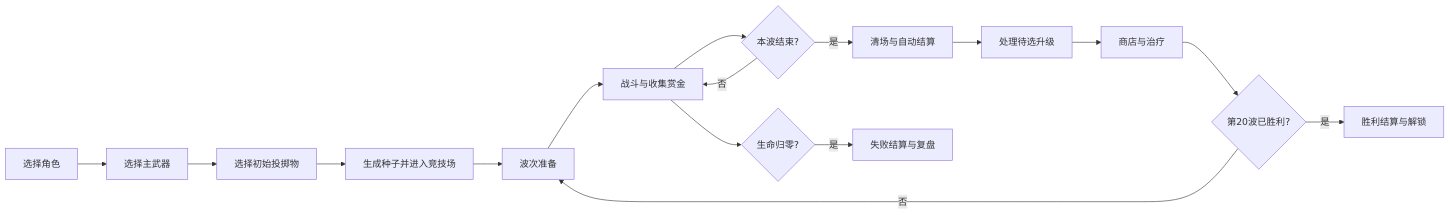
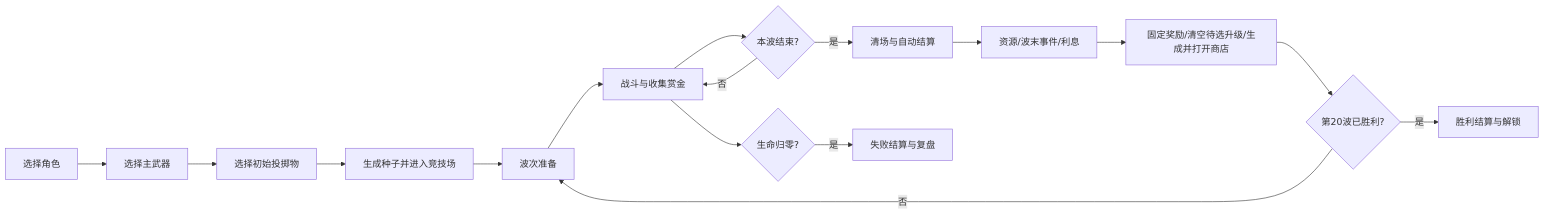
The diagram in docs/design/01_核心循环与20波流程.md (CarlHavingFun/GOGO), drawn with Mermaid before and after one commit. The commit also changed other lines of this file and 15 other files, not shown here.

````diff
--- a/docs/design/01_核心循环与20波流程.md
+++ b/docs/design/01_核心循环与20波流程.md
@@ -38,18 +38,18 @@
 ```mermaid
 flowchart LR
     A[选择角色] --> B[选择主武器]
     B --> C[选择初始投掷物]
     C --> D[生成种子并进入竞技场]
     D --> E[波次准备]
     E --> F[战斗与收集赏金]
     F --> G{本波结束?}
     G -- 否 --> F
     G -- 是 --> H[清场与自动结算]
-    H --> I[处理待选升级]
-    I --> J[商店与治疗]
+    H --> I[资源/波末事件/利息]
+    I --> J[固定奖励/清空待选升级/生成并打开商店]
     J --> K{第20波已胜利?}
     K -- 否 --> E
     K -- 是 --> L[胜利结算与解锁]
     F --> M{生命归零?}
     M -- 是 --> N[失败结算与复盘]
 ```
````
